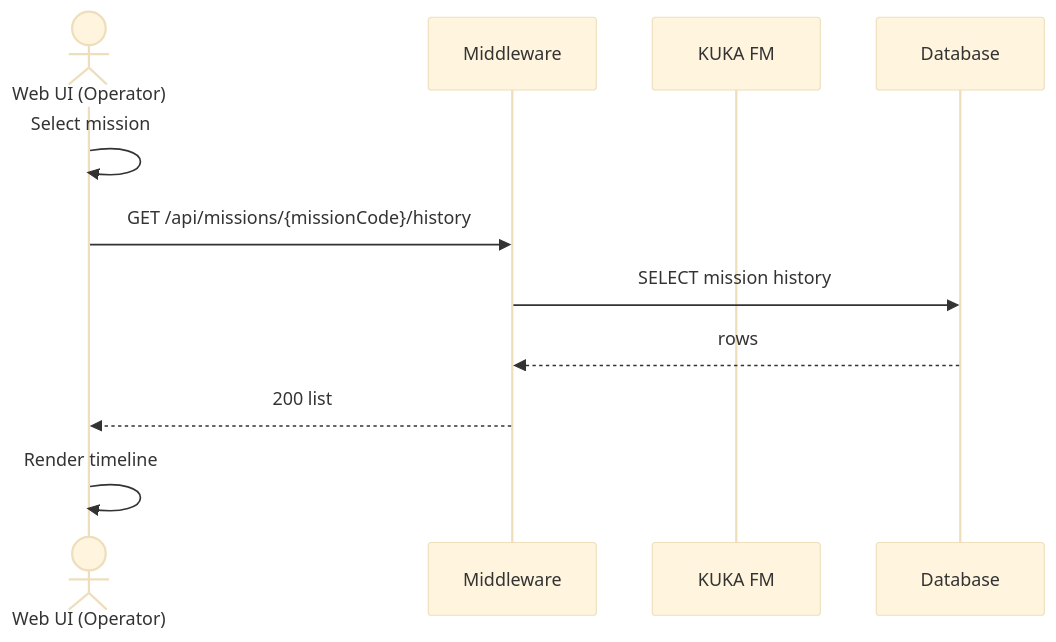
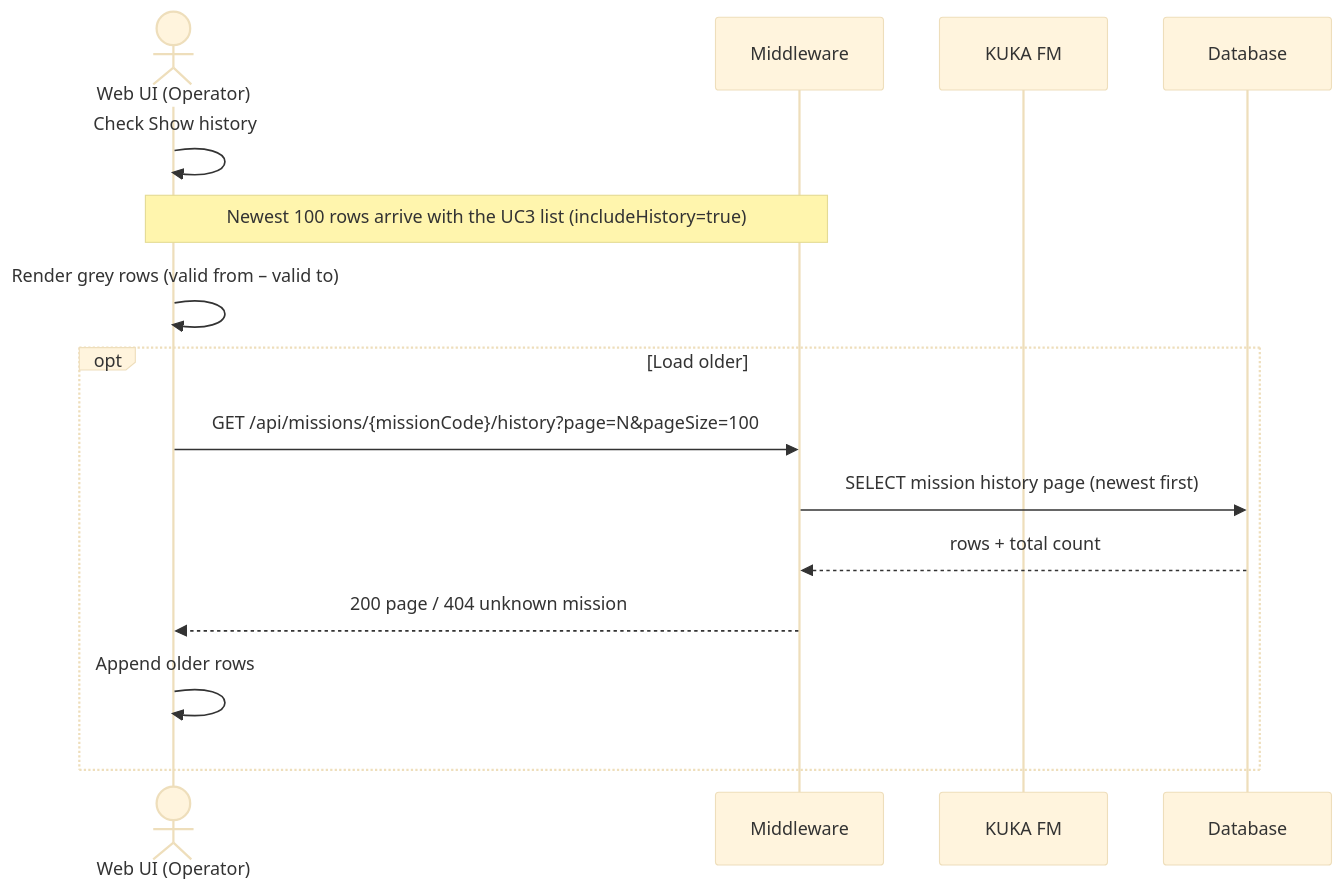
The fourth of 8 diagrams in documentation/specification.md (FEI-thridos/ITS), drawn with Mermaid (base theme) before and after one commit. The commit also changed other lines of this file and 68 other files, not shown here.

````diff
--- a/documentation/specification.md
+++ b/documentation/specification.md
@@ -132,14 +147,18 @@
 ```mermaid
 sequenceDiagram
     actor UI as Web UI (Operator)
     participant MW as Middleware
     participant KUKA as KUKA FM
     participant DB as Database
 
-    UI->>UI: Select mission
-    UI->>MW: GET /api/missions/{missionCode}/history
-    MW->>DB: SELECT mission history
-    DB-->>MW: rows
-    MW-->>UI: 200 list
-    UI->>UI: Render timeline
+    UI->>UI: Check Show history
+    Note over UI,MW: Newest 100 rows arrive with the UC3 list (includeHistory=true)
+    UI->>UI: Render grey rows (valid from – valid to)
+    opt Load older
+        UI->>MW: GET /api/missions/{missionCode}/history?page=N&pageSize=100
+        MW->>DB: SELECT mission history page (newest first)
+        DB-->>MW: rows + total count
+        MW-->>UI: 200 page / 404 unknown mission
+        UI->>UI: Append older rows
+    end
 ```
````
